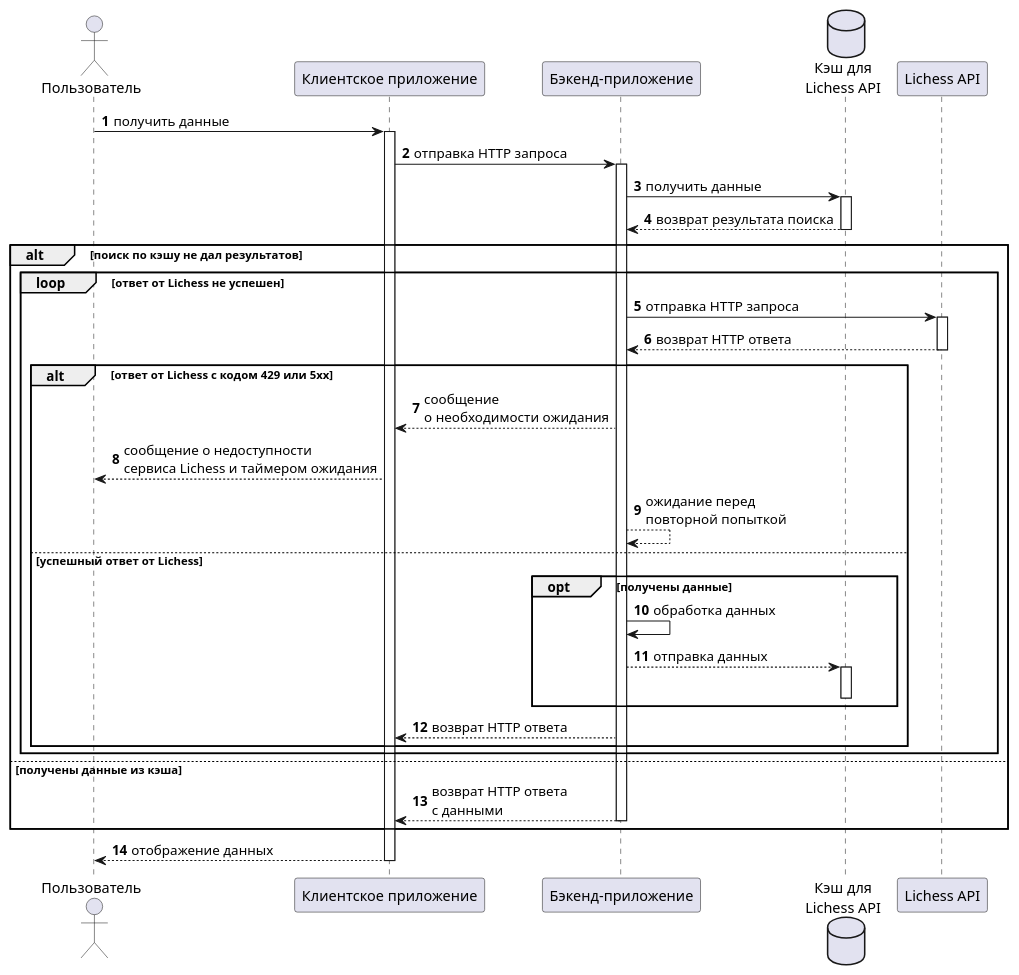
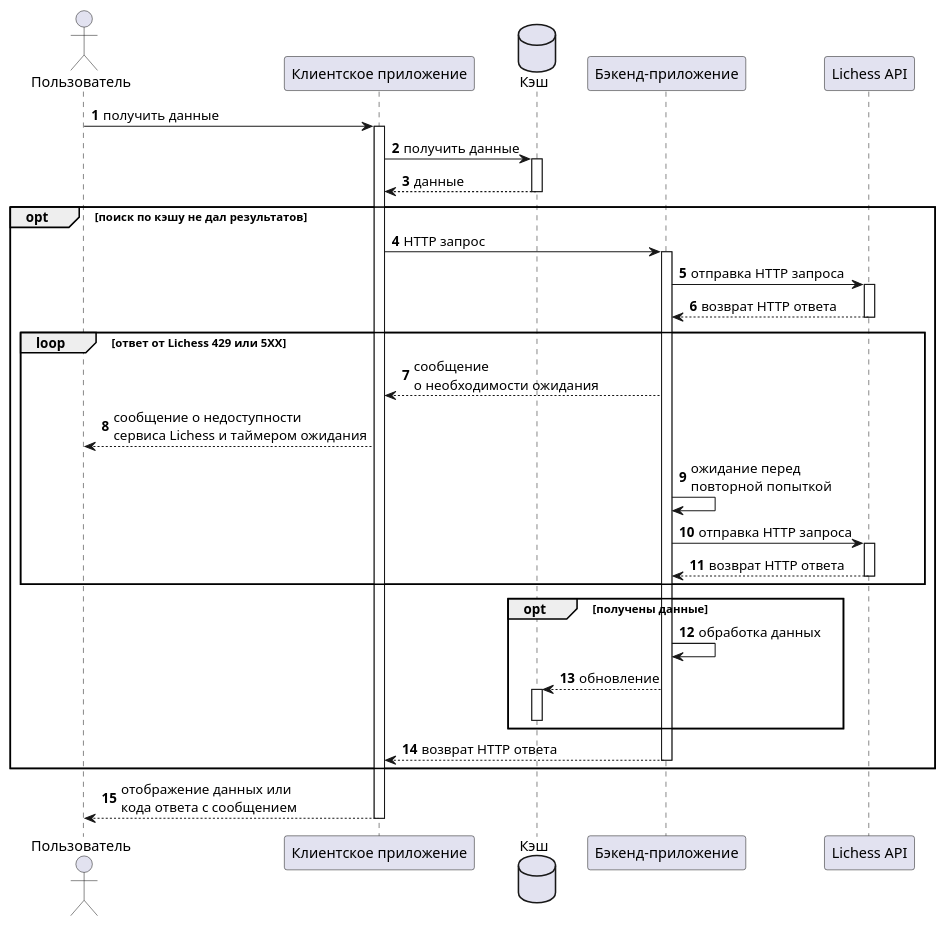
One commit to AleksanderNekr/LichessAnalyzer changed the second of 2 diagrams in docs/lichess_request_response.puml. Above: the diagram before and after it, drawn with PlantUML.

Commit message:
[Docs] lichess_request_response.puml - client asks cache at first instead of backend.

```diff
--- a/docs/lichess_request_response.puml
+++ b/docs/lichess_request_response.puml
@@ -41,51 +41,56 @@
 @startuml Request-Response with Cache, retries and 429 check Sequence
 
 autonumber
 
 actor Пользователь as user
 participant "Клиентское приложение" as client
+database "Кэш" as cache
 participant "Бэкенд-приложение" as backend
-database "Кэш для\nLichess API" as cache
 participant "Lichess API" as lichess
 
 user -> client: получить данные
 activate client
 
-client -> backend: отправка HTTP запроса
-activate backend
-
-backend -> cache: получить данные
+client -> cache: получить данные
 activate cache
-cache --> backend: возврат результата поиска
+cache --> client: данные
 deactivate cache
 
-alt поиск по кэшу не дал результатов
-    loop ответ от Lichess не успешен
+opt поиск по кэшу не дал результатов
+    client -> backend: HTTP запрос
+    activate backend
+    
+    backend -> lichess: отправка HTTP запроса
+    activate lichess
+    
+    lichess --> backend: возврат HTTP ответа
+    deactivate lichess
+    
+    loop ответ от Lichess 429 или 5ХХ
+        backend --> client: сообщение\nо необходимости ожидания
+        client --> user: сообщение о недоступности\nсервиса Lichess и таймером ожидания
+    
+        backend -> backend: ожидание перед\nповторной попыткой
+        
         backend -> lichess: отправка HTTP запроса
         activate lichess
+    
         lichess --> backend: возврат HTTP ответа
         deactivate lichess
+    end
+    opt получены данные
+        backend -> backend: обработка данных
     
-        alt ответ от Lichess с кодом 429 или 5xx
-            backend --> client: сообщение\nо необходимости ожидания
-            client --> user: сообщение о недоступности\nсервиса Lichess и таймером ожидания
-            backend --> backend: ожидание перед\nповторной попыткой
-        else успешный ответ от Lichess
-            opt получены данные
-                backend -> backend: обработка данных
-                backend --> cache: отправка данных
-                activate cache
-                deactivate cache
-            end
-            backend --> client: возврат HTTP ответа
-        end
+        backend --> cache: обновление
+        activate cache
+        deactivate cache
     end
-else получены данные из кэша
-    backend --> client: возврат HTTP ответа\nс данными
+    
+    backend --> client: возврат HTTP ответа
     deactivate backend
 end
-
-client --> user: отображение данных
+    
+client --> user: отображение данных или\nкода ответа с сообщением
 deactivate client
 
 @enduml
```
